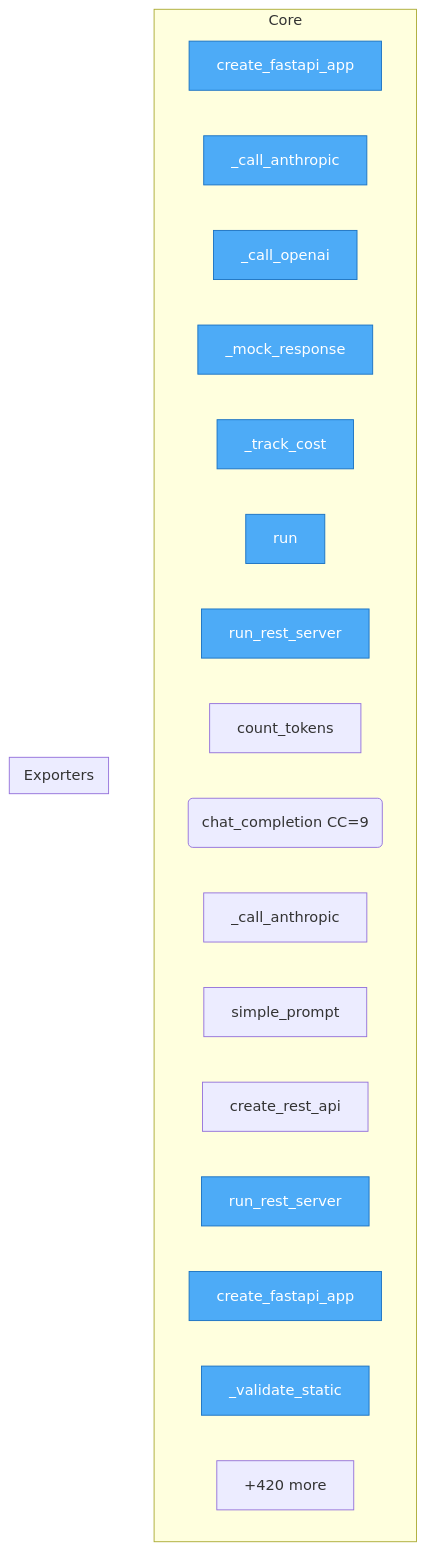
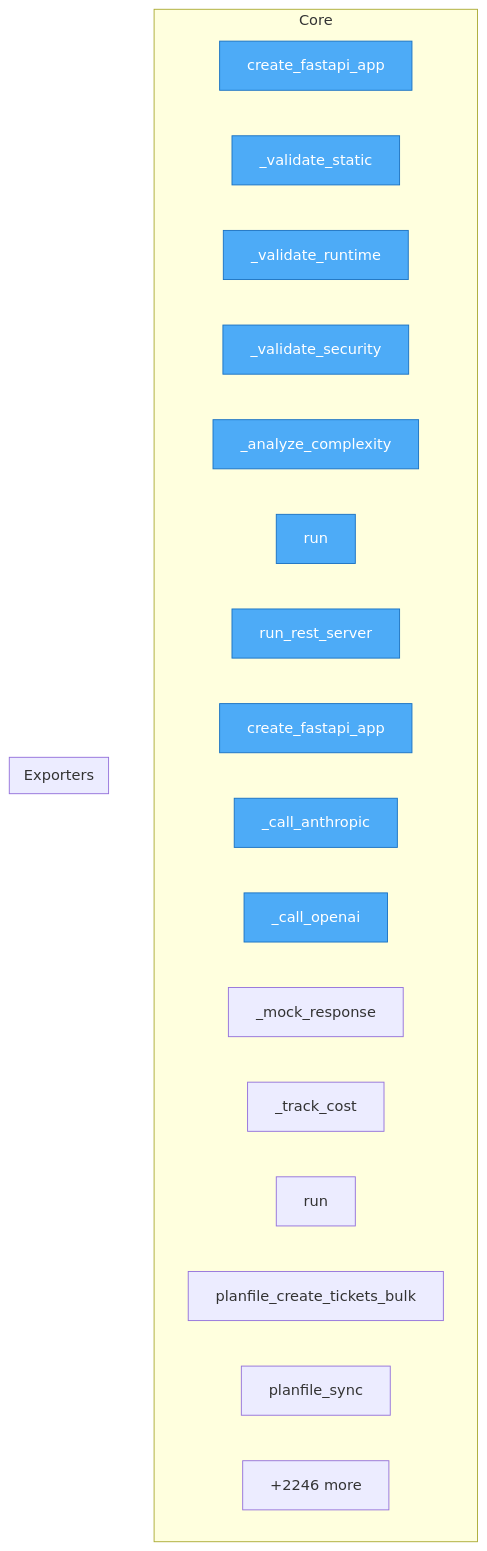
Before and after one commit to semcod/algitex: the diagram in project/flow.mmd, drawn with Mermaid. The commit also changed 13 other files, not shown here.

```diff
--- a/project/flow.mmd
+++ b/project/flow.mmd
@@ -1,28 +1,28 @@
 flowchart TD
 
     %% Entry points (blue)
     classDef entry fill:#4dabf7,stroke:#1971c2,color:#fff
 
     subgraph Core
+        docker__vallm__vallm_server__VallmServer__create_fastapi_app["create_fastapi_app"]
+        docker__vallm__vallm_server__VallmServer___validate_static["_validate_static"]
+        docker__vallm__vallm_server__VallmServer___validate_runtime["_validate_runtime"]
+        docker__vallm__vallm_server__VallmServer___validate_security["_validate_security"]
+        docker__vallm__vallm_server__VallmServer___analyze_complexity["_analyze_complexity"]
+        docker__vallm__vallm_server__VallmServer__run["run"]
+        docker__vallm__vallm_mcp_server__run_rest_server["run_rest_server"]
         docker__proxym__proxym_server__ProxymServer__create_fastapi_app["create_fastapi_app"]
         docker__proxym__proxym_server__ProxymServer___call_anthropic["_call_anthropic"]
         docker__proxym__proxym_server__ProxymServer___call_openai["_call_openai"]
         docker__proxym__proxym_server__ProxymServer___mock_response["_mock_response"]
         docker__proxym__proxym_server__ProxymServer___track_cost["_track_cost"]
         docker__proxym__proxym_server__ProxymServer__run["run"]
-        docker__vallm__vallm_mcp_server__run_rest_server["run_rest_server"]
-        docker__proxym__proxym_mcp_server__count_tokens["count_tokens"]
-        docker__proxym__proxym_mcp_server__chat_completion("chat_completion CC=9")
-        docker__proxym__proxym_mcp_server___call_anthropic["_call_anthropic"]
-        docker__proxym__proxym_mcp_server__simple_prompt["simple_prompt"]
-        docker__proxym__proxym_mcp_server__create_rest_api["create_rest_api"]
-        docker__proxym__proxym_mcp_server__run_rest_server["run_rest_server"]
-        docker__vallm__vallm_server__VallmServer__create_fastapi_app["create_fastapi_app"]
-        docker__vallm__vallm_server__VallmServer___validate_static["_validate_static"]
-        ...["+420 more"]
+        docker__planfile_mcp__planfile_mcp_server__planfile_create_tickets_bulk["planfile_create_tickets_bulk"]
+        docker__planfile_mcp__planfile_mcp_server__planfile_sync["planfile_sync"]
+        ...["+2246 more"]
     end
 
     subgraph Exporters
     end
 
-    class docker__proxym__proxym_server__ProxymServer__create_fastapi_app,docker__proxym__proxym_server__ProxymServer___call_anthropic,docker__proxym__proxym_server__ProxymServer___call_openai,docker__proxym__proxym_server__ProxymServer___mock_response,docker__proxym__proxym_server__ProxymServer___track_cost,docker__proxym__proxym_server__ProxymServer__run,docker__vallm__vallm_mcp_server__run_rest_server,docker__proxym__proxym_mcp_server__run_rest_server,docker__vallm__vallm_server__VallmServer__create_fastapi_app,docker__vallm__vallm_server__VallmServer___validate_static entry
+    class docker__vallm__vallm_server__VallmServer__create_fastapi_app,docker__vallm__vallm_server__VallmServer___validate_static,docker__vallm__vallm_server__VallmServer___validate_runtime,docker__vallm__vallm_server__VallmServer___validate_security,docker__vallm__vallm_server__VallmServer___analyze_complexity,docker__vallm__vallm_server__VallmServer__run,docker__vallm__vallm_mcp_server__run_rest_server,docker__proxym__proxym_server__ProxymServer__create_fastapi_app,docker__proxym__proxym_server__ProxymServer___call_anthropic,docker__proxym__proxym_server__ProxymServer___call_openai entry
```
